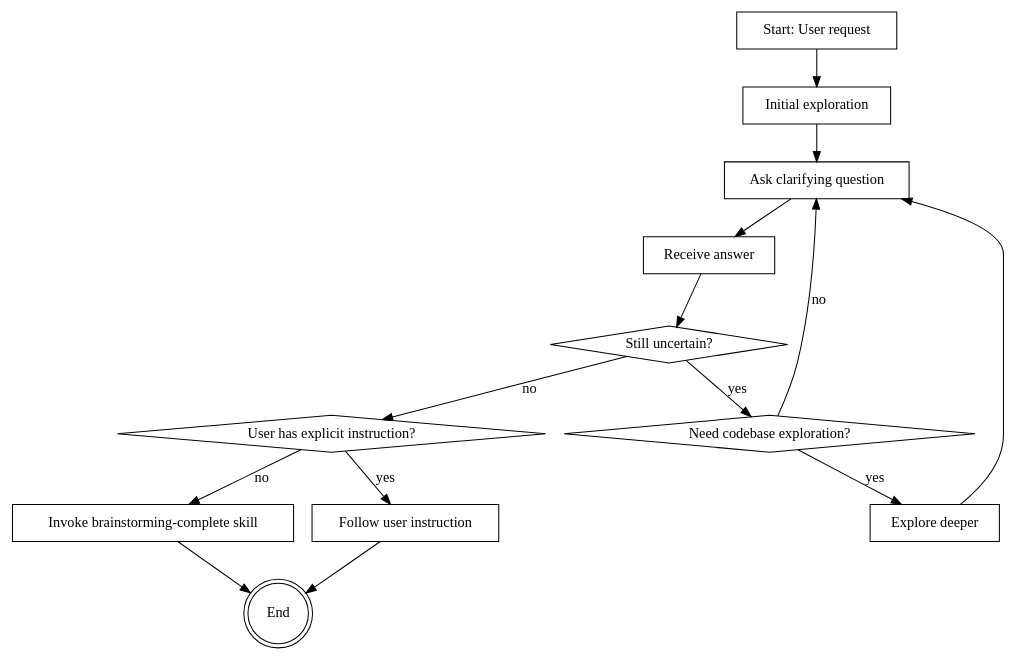
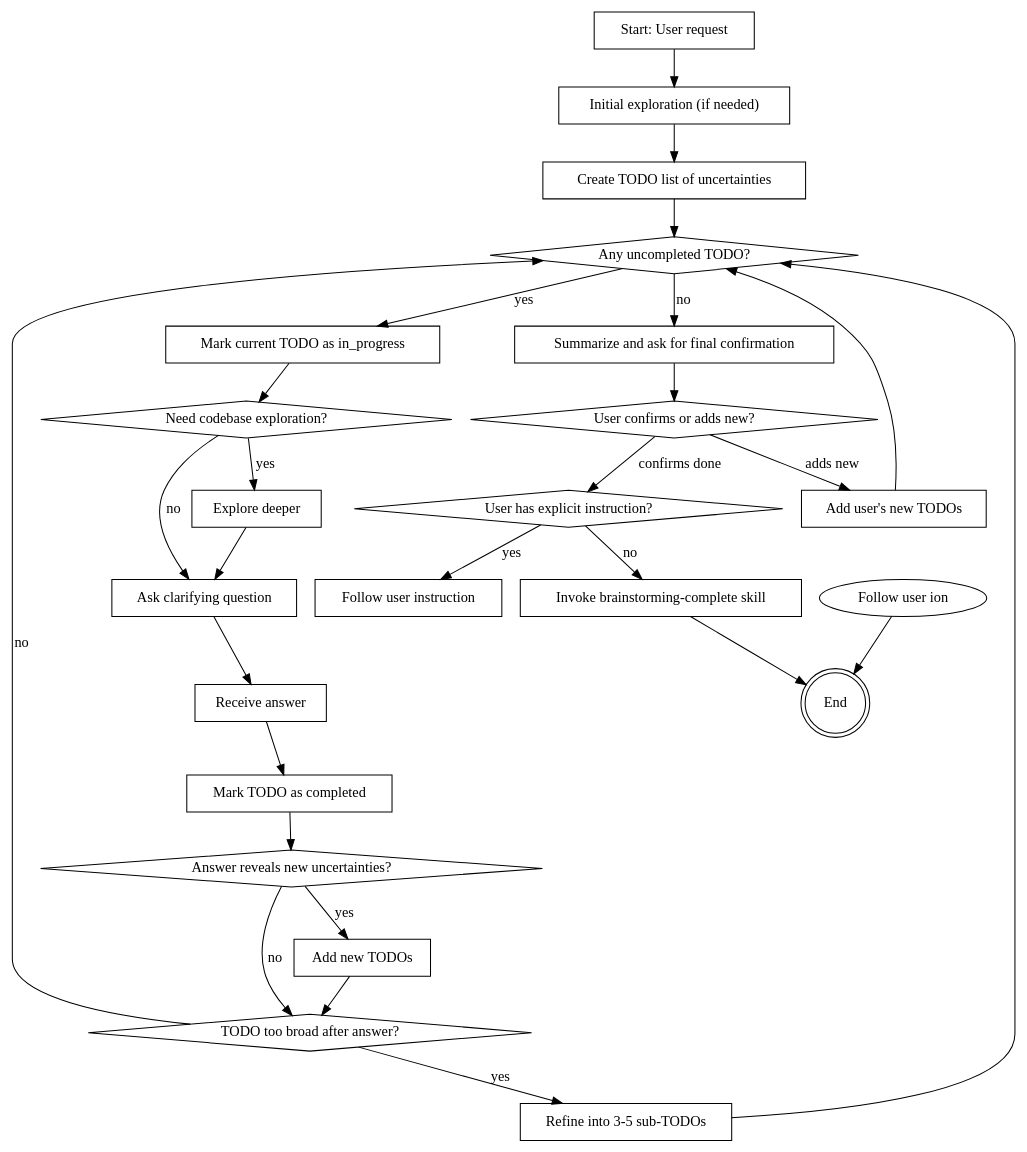
The diagram in skills/brainstorming/SKILL.md (fkxxyz/cclover-skills), drawn with Graphviz before and after one commit. The commit also changed other lines of this file and 2 other files, not shown here.

First line of the commit message:
refactor: Rewrite brainstorming skill with TODO list mechanism

````diff
--- a/skills/brainstorming/SKILL.md
+++ b/skills/brainstorming/SKILL.md
@@ -31,29 +31,56 @@
 ```dot
 digraph brainstorming_flow {
     "Start: User request" [shape=box];
-    "Initial exploration" [shape=box];
+    "Initial exploration (if needed)" [shape=box];
+    "Create TODO list of uncertainties" [shape=box];
+    "Any uncompleted TODO?" [shape=diamond];
+    "Mark current TODO as in_progress" [shape=box];
+    "Need codebase exploration?" [shape=diamond];
+    "Explore deeper" [shape=box];
     "Ask clarifying question" [shape=box];
     "Receive answer" [shape=box];
-    "Still uncertain?" [shape=diamond];
-    "Need codebase exploration?" [shape=diamond];
-    "Explore deeper" [shape=box];
+    "Mark TODO as completed" [shape=box];
+    "Answer reveals new uncertainties?" [shape=diamond];
+    "Add new TODOs" [shape=box];
+    "TODO too broad after answer?" [shape=diamond];
+    "Refine into 3-5 sub-TODOs" [shape=box];
+    "Summarize and ask for final confirmation" [shape=box];
+    "User confirms or adds new?" [shape=diamond];
+    "Add user's new TODOs" [shape=box];
     "User has explicit instruction?" [shape=diamond];
     "Follow user instruction" [shape=box];
     "Invoke brainstorming-complete skill" [shape=box];
     "End" [shape=doublecircle];
 
-    "Start: User request" -> "Initial exploration";
-    "Initial exploration" -> "Ask clarifying question";
-    "Ask clarifying question" -> "Receive answer";
-    "Receive answer" -> "Still uncertain?";
-    "Still uncertain?" -> "Need codebase exploration?" [label="yes"];
-    "Still uncertain?" -> "User has explicit instruction?" [label="no"];
+    "Start: User request" -> "Initial exploration (if needed)";
+    "Initial exploration (if needed)" -> "Create TODO list of uncertainties";
+    "Create TODO list of uncertainties" -> "Any uncompleted TODO?";
+    "Any uncompleted TODO?" -> "Mark current TODO as in_progress" [label="yes"];
+    "Any uncompleted TODO?" -> "Summarize and ask for final confirmation" [label="no"];
+    
+    "Mark current TODO as in_progress" -> "Need codebase exploration?";
     "Need codebase exploration?" -> "Explore deeper" [label="yes"];
     "Need codebase exploration?" -> "Ask clarifying question" [label="no"];
     "Explore deeper" -> "Ask clarifying question";
+    
+    "Ask clarifying question" -> "Receive answer";
+    "Receive answer" -> "Mark TODO as completed";
+    "Mark TODO as completed" -> "Answer reveals new uncertainties?";
+    "Answer reveals new uncertainties?" -> "Add new TODOs" [label="yes"];
+    "Answer reveals new uncertainties?" -> "TODO too broad after answer?" [label="no"];
+    "Add new TODOs" -> "TODO too broad after answer?";
+    "TODO too broad after answer?" -> "Refine into 3-5 sub-TODOs" [label="yes"];
+    "TODO too broad after answer?" -> "Any uncompleted TODO?" [label="no"];
+    "Refine into 3-5 sub-TODOs" -> "Any uncompleted TODO?";
+    
+    "Summarize and ask for final confirmation" -> "User confirms or adds new?";
+    "User confirms or adds new?" -> "Add user's new TODOs" [label="adds new"];
+    "User confirms or adds new?" -> "User has explicit instruction?" [label="confirms done"];
+    "Add user's new TODOs" -> "Any uncompleted TODO?";
+    
     "User has explicit instruction?" -> "Follow user instruction" [label="yes"];
     "User has explicit instruction?" -> "Invoke brainstorming-complete skill" [label="no"];
-    "Follow user instruction" -> "End";
+    "Follow user ion" -> "End";
     "Invoke brainstorming-complete skill" -> "End";
 }
 ```
````
